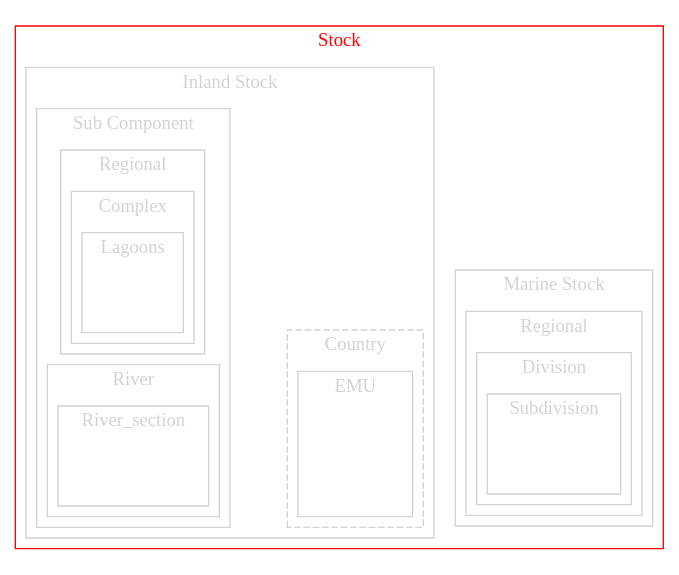
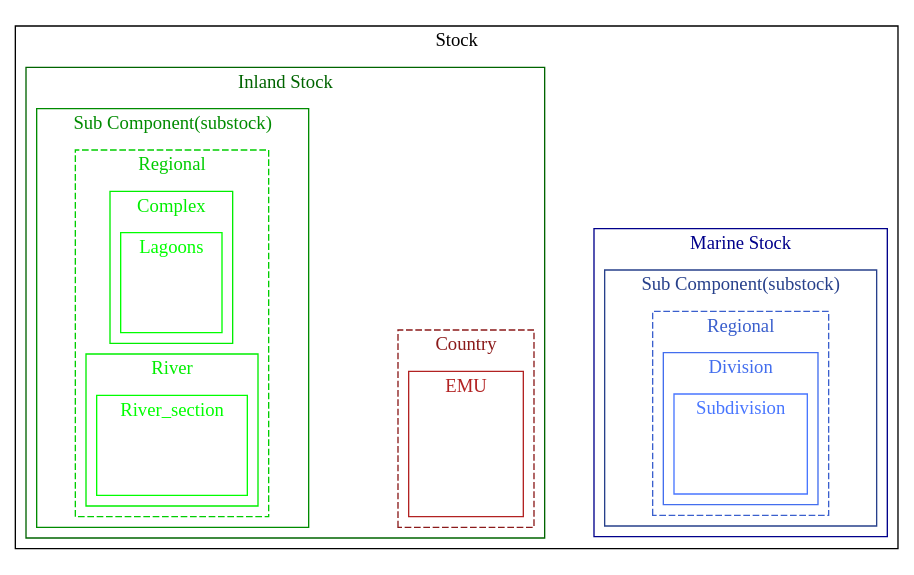
One commit to DIASPARAproject/WP3_habitat changed the third of 3 diagrams in R/habitatdb.qmd. Above: the diagram before and after it, drawn with Graphviz. The commit also changed other lines of this file and 1 other file, not shown here.

````diff
--- a/R/habitatdb.qmd
+++ b/R/habitatdb.qmd
@@ -2274,6 +2267,6 @@
 ```{dot}
-//| label: fig-area_hierarchy_wgeel
-//| fig-cap: Hierarchical structure of WGEEL habitat database
+//| label: fig-area_hierarchy_eel
+//| fig-cap: Hierarchical structure of WGEEL habitat database, dotted lines indicate that the element might not be used in some regions. Substocks and regional levels will only be finalised during model building and benchmarking, but lay out the ground for work.
 
 
 digraph {
@@ -2284,70 +2277,71 @@
     subgraph clusterZ {
       label = Stock
       style=full
-      color=red
-      fontcolor=red
+      color=black
+      fontcolor=black
       center=true
 
       subgraph clusterA {
         label = "Inland Stock"
         style=full
-        color=lightgray
-        fontcolor=lightgray
+        color=darkgreen
+        fontcolor=darkgreen
         center=true
 
           subgraph clusterB {
-          label = "Sub Component"
+          label = "Sub Component(substock)"
           style=full
-          color=lightgray
-          fontcolor=lightgray
+          color=green4
+          fontcolor=green4
           center=true
 
             subgraph clusterX {
             label = Regional
-            style=full
-            color=lightgray
-            fontcolor=lightgray
+            style=dashed
+            color=green3
+            fontcolor=green3
             center=true
 
               subgraph clusterY {
               label = Complex
               style = full
-              color = lightgray
-              fontcolor = lightgray
+              color = green2
+              fontcolor = green2
               center = true
 
               subgraph clusterV {
               label = Lagoons
               style = full
-              color = lightgray
-              fontcolor = lightgray
+              color = green1
+              fontcolor = green1
               center = true
                 inland [
                   label=data,
                   shape=box, 
                   style =invis
                  ] 
-                }
+                
               }
             }
 
             subgraph clusterC {
             label = River
             style=full
-            color=lightgray
-            fontcolor=lightgray
+            color=green2
+            fontcolor=green2
             center=true
                   
               subgraph clusterD {
               label = River_section
               style=full
-              color=lightgray
-              fontcolor=lightgray
+              color=green1
+              fontcolor=green1
                 section [
                 label=data,
                 shape=box, 
                 style =invis
                 ]  
+            }
           }
         }
       }
@@ -2355,13 +2349,14 @@
         subgraph clusterE{
         label=Country
         style=dashed
-        color=lightgray
-        fontcolor=lightgray
+        color=firebrick4
+        fontcolor=firebrick4
+
           subgraph clusterW{
           label=EMU
           style=full
-          color=lightgray
-          fontcolor=lightgray
+          color=firebrick
+          fontcolor=firebrick
           Fishing [
           style=invis
           shape=square
@@ -2372,29 +2367,36 @@
       subgraph clusterF {
       label = "Marine Stock"
       style=full
-      color=lightgray
-      fontcolor=lightgray
+      color=darkblue
+      fontcolor=darkblue
+      center=true 
+
+      subgraph clusterZ {
+      label = "Sub Component(substock)"
+      style=full
+      color=royalblue4
+      fontcolor=royalblue4
       center=true
-
+      
         subgraph clusterG {
           label = Regional
-          style=full
-          color=lightgray
-          fontcolor=lightgray
+          style=dashed
+          color=royalblue3
+          fontcolor=royalblue3
           center=true
 
           subgraph clusterG {
           label = Division
           style=full
-          color=lightgray
-          fontcolor=lightgray
+          color=royalblue2
+          fontcolor=royalblue2
           center=true
 
             subgraph clusterH {
             label = Subdivision
             style=full
-            color=lightgray
-            fontcolor=lightgray
+            color=royalblue1
+            fontcolor=royalblue1
             center=true
               here [
               label=data1,
@@ -2405,6 +2407,7 @@
             }
           }   
         }
+       } 
       }
       section -> Fishing -> here [style=invis];
 }
````
